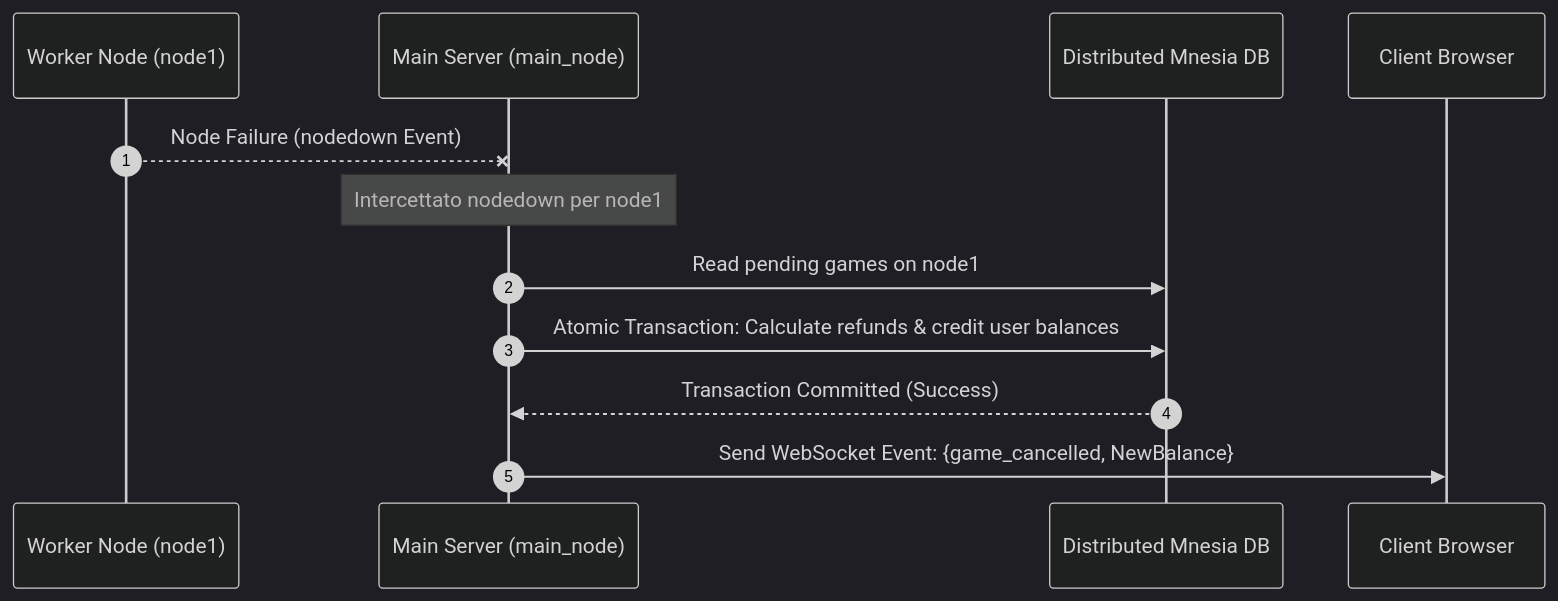
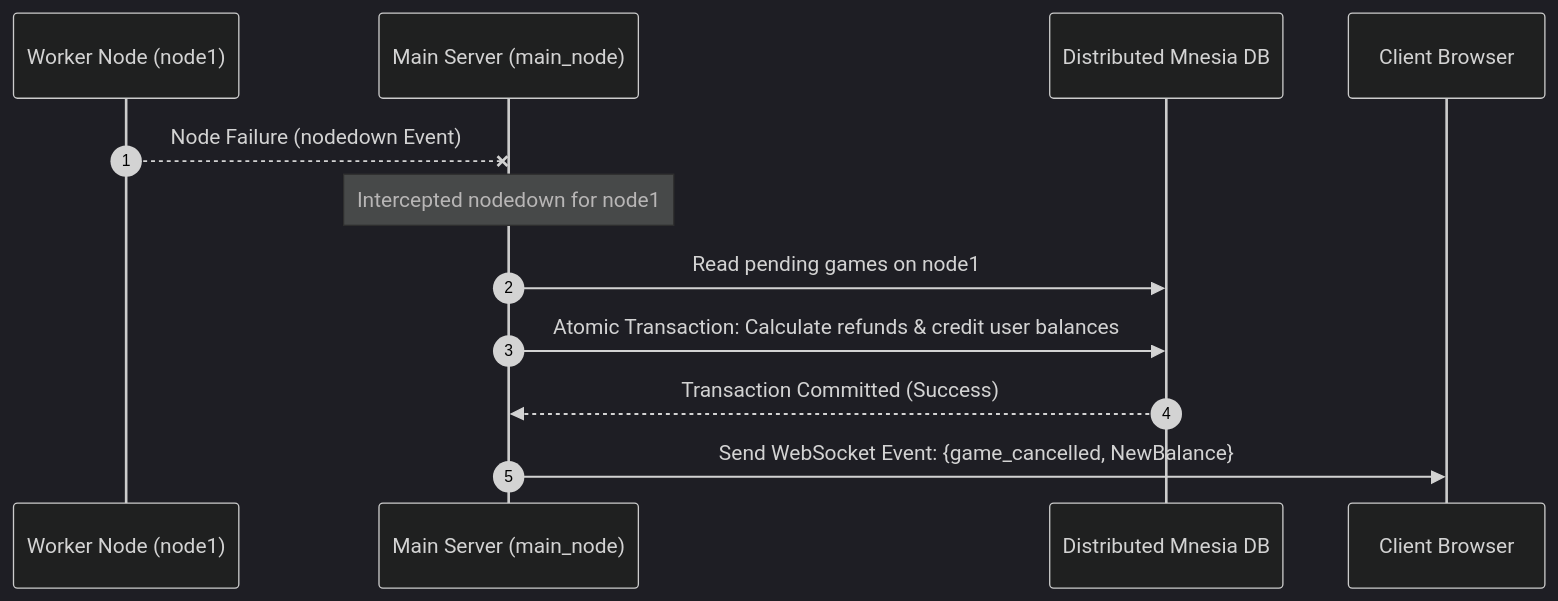
The second of 2 diagrams in README.md (Dariobande/DSMT-BingoGame), drawn with Mermaid (dark theme) before and after one commit. The commit also changed other lines of this file, not shown here.

````diff
--- a/README.md
+++ b/README.md
@@ -104,15 +104,15 @@
 ```mermaid
 sequenceDiagram
     autonumber
     participant Worker as Worker Node (node1)
     participant Main as Main Server (main_node)
     participant DB as Distributed Mnesia DB
     participant Client as Client Browser
 
     Worker--xMain: Node Failure (nodedown Event)
-    Note over Main: Intercettato nodedown per node1
+    Note over Main: Intercepted nodedown for node1
     Main->>DB: Read pending games on node1
     Main->>DB: Atomic Transaction: Calculate refunds & credit user balances
     DB-->>Main: Transaction Committed (Success)
     Main->>Client: Send WebSocket Event: {game_cancelled, NewBalance}
 ```
````
